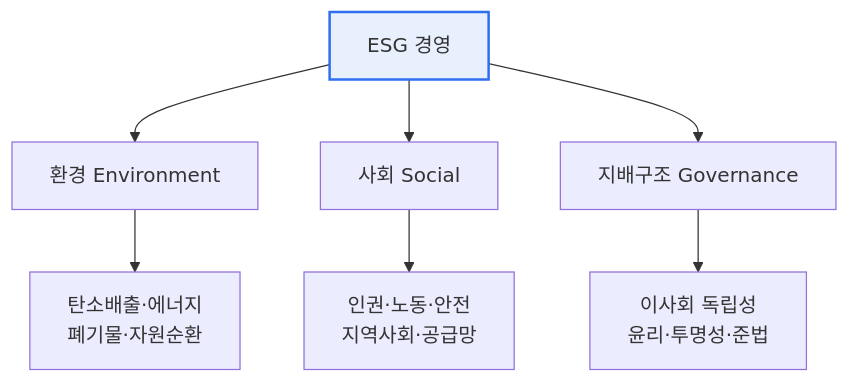
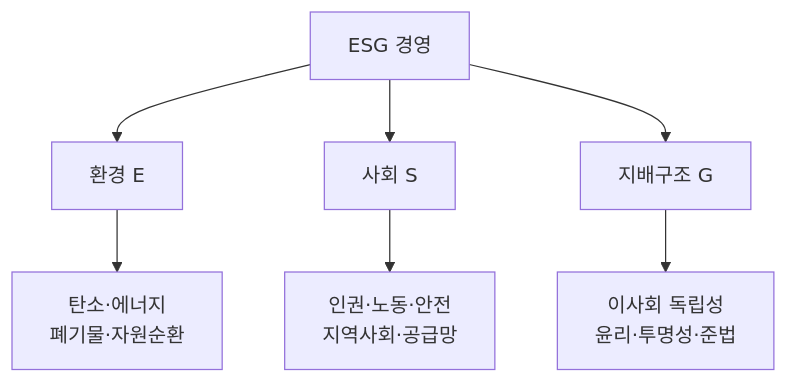
Before and after one commit to coninggu/wjdqhrhksflrltnftk: the diagram in content/esg-management.md, drawn with Mermaid. The commit also changed other lines of this file and 28 other files, not shown here.

````diff
--- a/content/esg-management.md
+++ b/content/esg-management.md
@@ -14,10 +15,9 @@
 ```mermaid
 flowchart TB
-  ESG[ESG 경영] --> E[환경 Environment]
-  ESG --> S[사회 Social]
-  ESG --> G[지배구조 Governance]
-  E --> E1[탄소배출·에너지<br/>폐기물·자원순환]
+  ESG[ESG 경영] --> E[환경 E]
+  ESG --> S[사회 S]
+  ESG --> G[지배구조 G]
+  E --> E1[탄소·에너지<br/>폐기물·자원순환]
   S --> S1[인권·노동·안전<br/>지역사회·공급망]
   G --> G1[이사회 독립성<br/>윤리·투명성·준법]
-  style ESG fill:#e8f0fe,stroke:#2f6fed,stroke-width:2px
 ```
````
